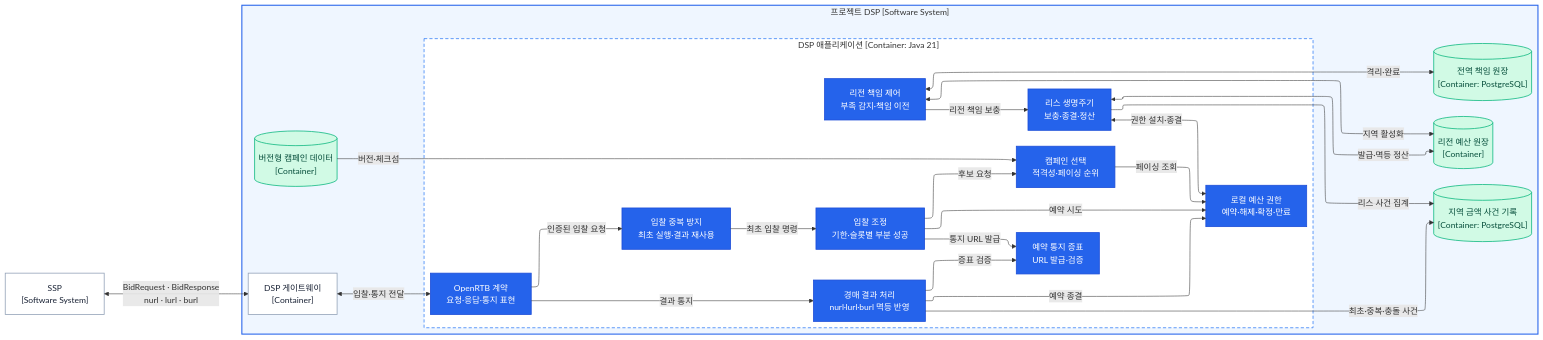
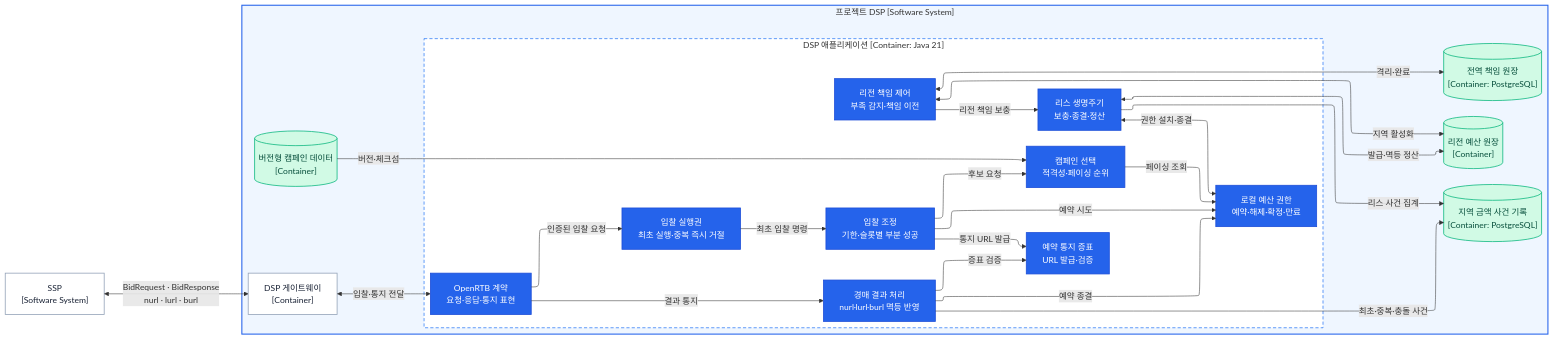
The diagram in docs/architecture/views/dsp-components.md (bbororo5/OpenRTB-Ads-auction), drawn with Mermaid before and after one commit. The commit also changed other lines of this file and 1 other file, not shown here.

Commit message:
docs: align dsp roadmap with execution gate

````diff
--- a/docs/architecture/views/dsp-components.md
+++ b/docs/architecture/views/dsp-components.md
@@ -9,58 +9,58 @@
 ```mermaid
 %%{init: {"flowchart": {"defaultRenderer": "elk"}}}%%
 flowchart LR
     SSP["SSP<br/>[Software System]"]
 
     subgraph DSP["프로젝트 DSP [Software System]"]
         direction TB
         GATEWAY["DSP 게이트웨이<br/>[Container]"]
 
         subgraph APP["DSP 애플리케이션 [Container: Java 21]"]
             direction TB
             API["OpenRTB 계약<br/>요청·응답·통지 표현"]
-            DEDUPE["입찰 중복 방지<br/>최초 실행·결과 재사용"]
+            DEDUPE["입찰 실행권<br/>최초 실행·중복 즉시 거절"]
             AUCTION["입찰 조정<br/>기한·슬롯별 부분 성공"]
             CAMPAIGN["캠페인 선택<br/>적격성·페이싱 순위"]
             BUDGET["로컬 예산 권한<br/>예약·해제·확정·만료"]
             TOKEN["예약 통지 증표<br/>URL 발급·검증"]
             NOTICE["경매 결과 처리<br/>nurl·lurl·burl 멱등 반영"]
             LEASE["리스 생명주기<br/>보충·종결·정산"]
             TRANSFER["리전 책임 제어<br/>부족 감지·책임 이전"]
 
             API -->|"인증된 입찰 요청"| DEDUPE
             DEDUPE -->|"최초 입찰 명령"| AUCTION
             AUCTION -->|"후보 요청"| CAMPAIGN
             CAMPAIGN -->|"페이싱 조회"| BUDGET
             AUCTION -->|"예약 시도"| BUDGET
             AUCTION -->|"통지 URL 발급"| TOKEN
             API -->|"결과 통지"| NOTICE
             NOTICE -->|"증표 검증"| TOKEN
             NOTICE -->|"예약 종결"| BUDGET
             LEASE <-->|"권한 설치·종결"| BUDGET
             TRANSFER -->|"리전 책임 보충"| LEASE
         end
 
         CAMPAIGN_STORE[("버전형 캠페인 데이터<br/>[Container]")]
         REGIONAL[("리전 예산 원장<br/>[Container]")]
         MONEY[("지역 금액 사건 기록<br/>[Container: PostgreSQL]")]
         GLOBAL[("전역 책임 원장<br/>[Container: PostgreSQL]")]
     end
 
     SSP <-->|"BidRequest · BidResponse<br/>nurl · lurl · burl"| GATEWAY
     GATEWAY <-->|"입찰·통지 전달"| API
     CAMPAIGN_STORE -->|"버전·체크섬"| CAMPAIGN
     NOTICE -->|"최초·중복·충돌 사건"| MONEY
     LEASE -->|"리스 사건 집계"| MONEY
     LEASE <-->|"발급·멱등 정산"| REGIONAL
     TRANSFER <-->|"지역 활성화"| REGIONAL
     TRANSFER <-->|"격리·완료"| GLOBAL
 
     classDef component fill:#2563eb,color:#fff,stroke:#1d4ed8,stroke-width:1.5px;
     classDef external fill:#fff,color:#172033,stroke:#94a3b8,stroke-width:1.5px;
     classDef store fill:#d1fae5,color:#064e3b,stroke:#10b981,stroke-width:1.5px;
     class API,DEDUPE,AUCTION,CAMPAIGN,BUDGET,TOKEN,NOTICE,LEASE,TRANSFER component;
     class SSP,GATEWAY external;
     class CAMPAIGN_STORE,REGIONAL,MONEY,GLOBAL store;
     style DSP fill:#eff6ff,stroke:#2563eb,stroke-width:2px
     style APP fill:#ffffff,stroke:#3b82f6,stroke-width:1.5px,stroke-dasharray:6 4
 ```
````
